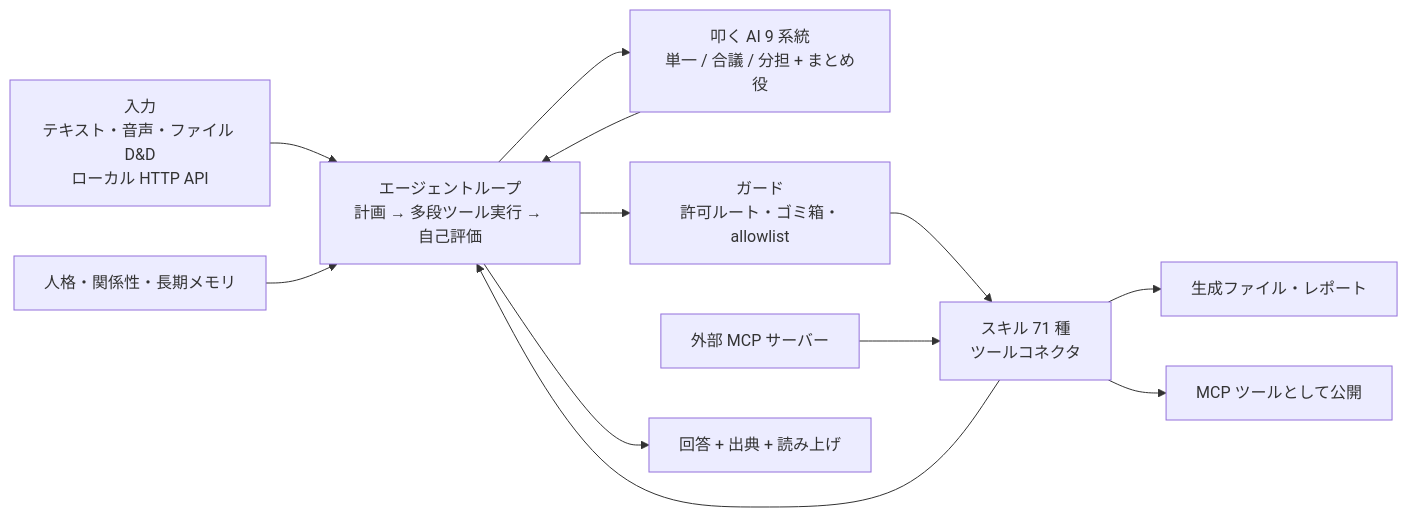
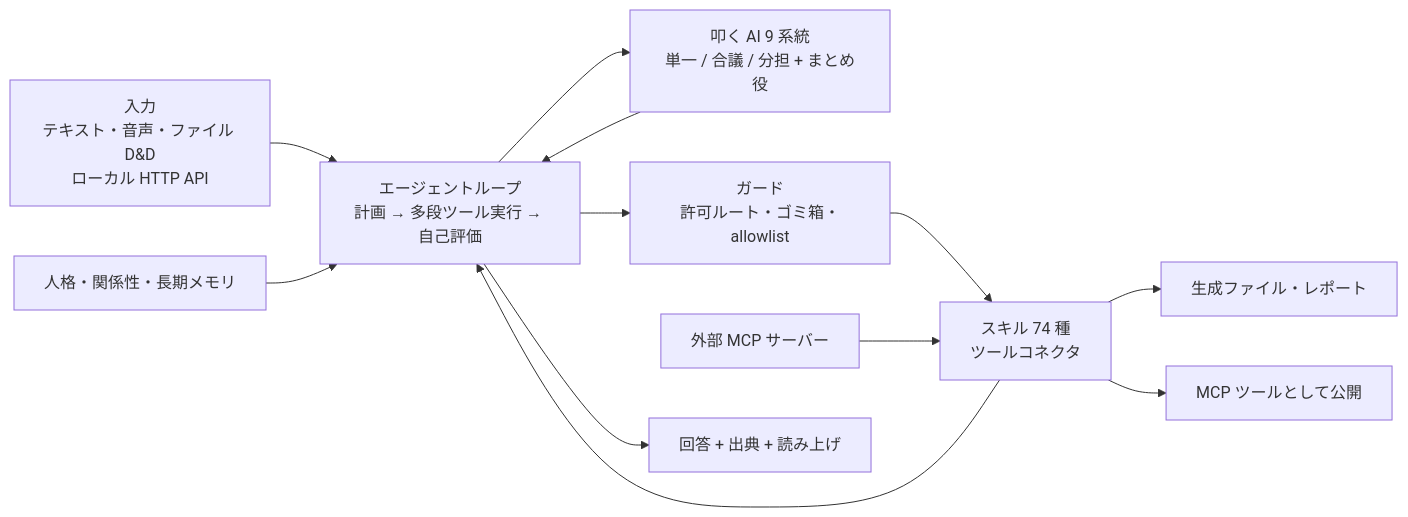
The diagram in README.md (benybeny777/PicoAgent), drawn with Mermaid before and after one commit. The commit also changed other lines of this file and 16 other files, not shown here.

````diff
--- a/README.md
+++ b/README.md
@@ -71,14 +71,14 @@
 ```mermaid
 flowchart LR
   IN["入力<br/>テキスト・音声・ファイル D&amp;D<br/>ローカル HTTP API"] --> LOOP
   PERSONA["人格・関係性・長期メモリ"] --> LOOP
   LOOP["エージェントループ<br/>計画 → 多段ツール実行 → 自己評価"] --> AI
   AI["叩く AI 9 系統<br/>単一 / 合議 / 分担 + まとめ役"] --> LOOP
   LOOP --> GUARD["ガード<br/>許可ルート・ゴミ箱・allowlist"]
-  GUARD --> SKILLS["スキル 71 種<br/>ツールコネクタ"]
+  GUARD --> SKILLS["スキル 74 種<br/>ツールコネクタ"]
   SKILLS --> LOOP
   MCPIN["外部 MCP サーバー"] --> SKILLS
   LOOP --> OUT["回答 + 出典 + 読み上げ"]
   SKILLS --> FILES["生成ファイル・レポート"]
   SKILLS --> MCPOUT["MCP ツールとして公開"]
 ```
````
